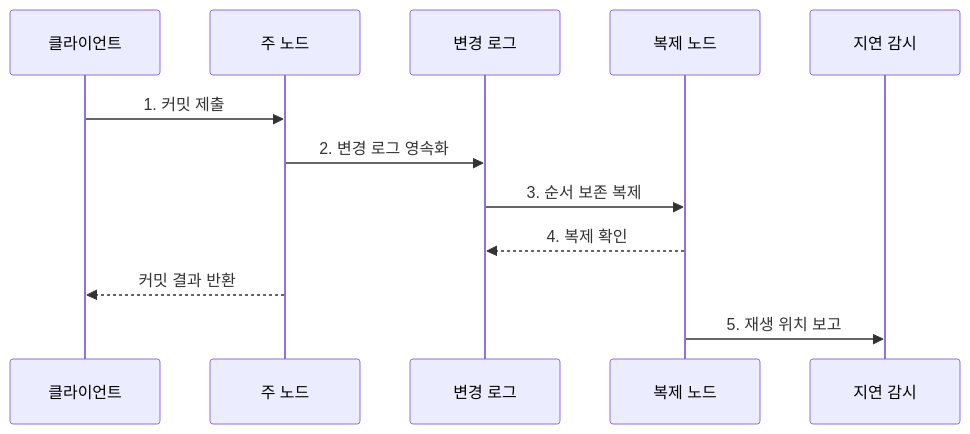
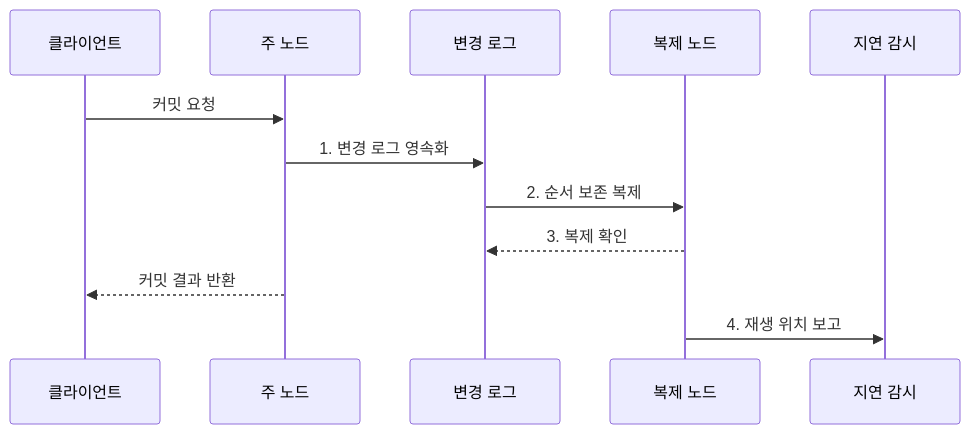
Before and after one commit to agnusdei1207/knowledge-base: the second of 2 diagrams in src/content/docs/notes/03-software/100_database_replication.md, drawn with Mermaid. The commit also changed other lines of this file and 20 other files, not shown here.

````diff
--- a/src/content/docs/notes/03-software/100_database_replication.md
+++ b/src/content/docs/notes/03-software/100_database_replication.md
@@ -77,14 +91,14 @@
 ```mermaid
 sequenceDiagram
     participant C as 클라이언트
     participant P as 주 노드
     participant L as 변경 로그
     participant R as 복제 노드
     participant M as 지연 감시
-    C->>P: 1. 커밋 제출
-    P->>L: 2. 변경 로그 영속화
-    L->>R: 3. 순서 보존 복제
-    R-->>L: 4. 복제 확인
+    C->>P: 커밋 요청
+    P->>L: 1. 변경 로그 영속화
+    L->>R: 2. 순서 보존 복제
+    R-->>L: 3. 복제 확인
     P-->>C: 커밋 결과 반환
-    R->>M: 5. 재생 위치 보고
+    R->>M: 4. 재생 위치 보고
 ```
````
